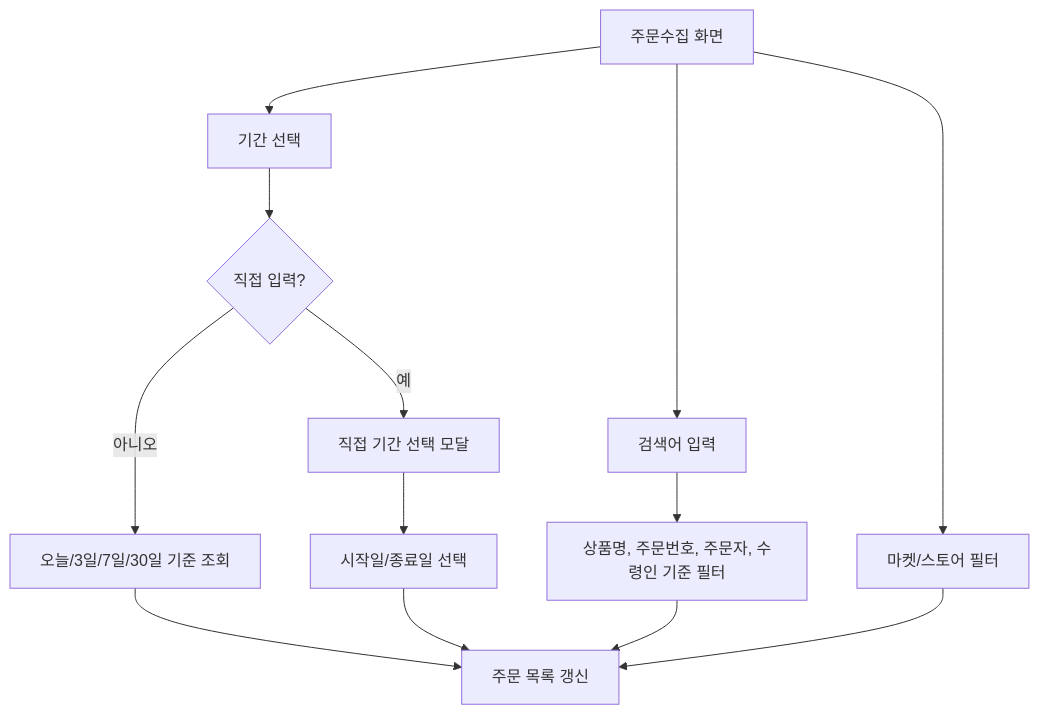
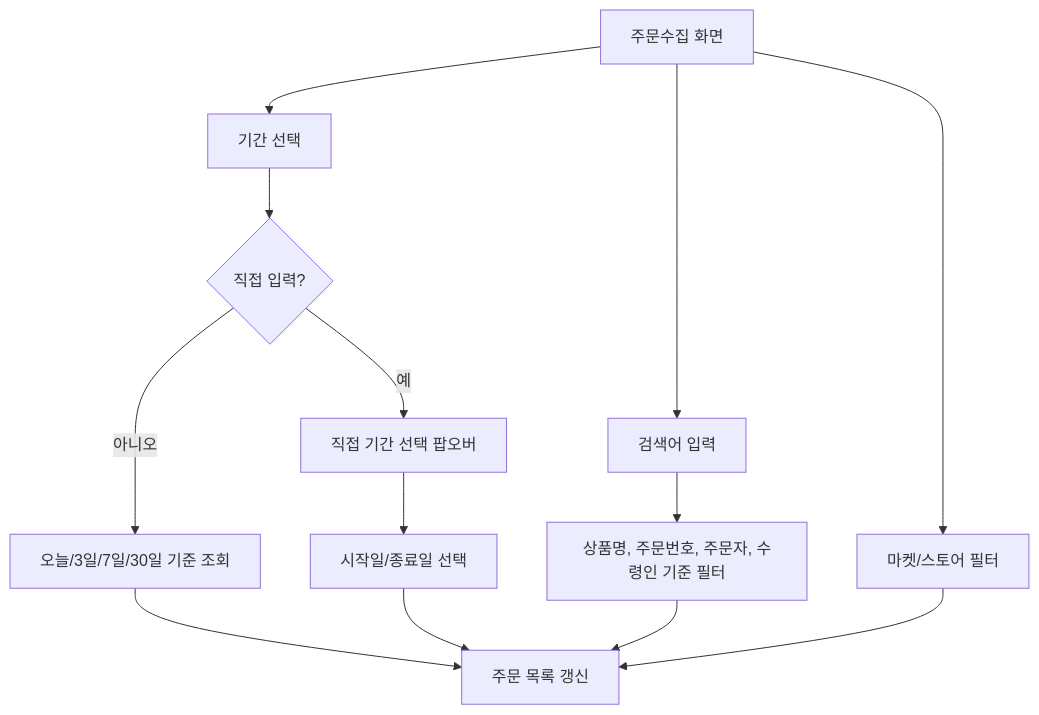
One commit to moonceo/Jmpp changed the third of 4 diagrams in docs/08_유저플로우/02_마켓연동_및_주문수집_유저플로우.md. Above: the diagram before and after it, drawn with Mermaid. The commit also changed other lines of this file and 19 other files, not shown here.

````diff
--- a/docs/08_유저플로우/02_마켓연동_및_주문수집_유저플로우.md
+++ b/docs/08_유저플로우/02_마켓연동_및_주문수집_유저플로우.md
@@ -71,15 +71,15 @@
 ```mermaid
 flowchart TD
     A["주문수집 화면"] --> B["기간 선택"]
     B --> C{"직접 입력?"}
     C -->|"아니오"| D["오늘/3일/7일/30일 기준 조회"]
-    C -->|"예"| E["직접 기간 선택 모달"]
+    C -->|"예"| E["직접 기간 선택 팝오버"]
     E --> F["시작일/종료일 선택"]
     A --> G["검색어 입력"]
     G --> H["상품명, 주문번호, 주문자, 수령인 기준 필터"]
     A --> I["마켓/스토어 필터"]
     D --> J["주문 목록 갱신"]
     F --> J
     H --> J
     I --> J
 ```
````
